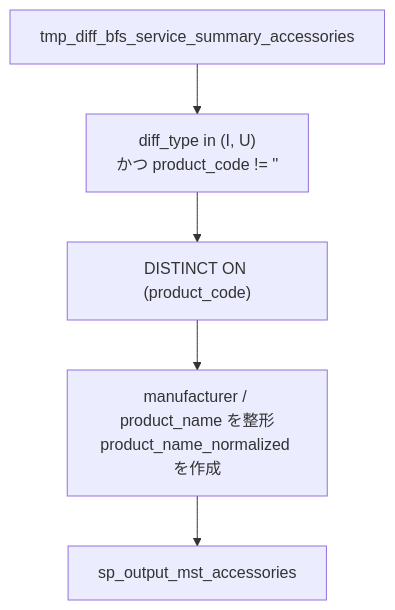
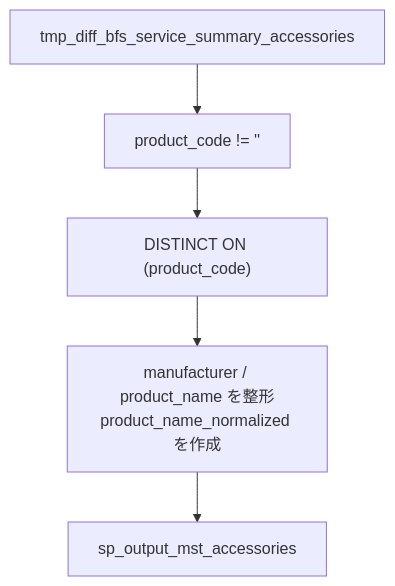
One commit to yukato-jdsc/generate_dummy_data changed the diagram in etl/docs/stored_procedures/sp_process_mst_accessories.md. Above: the diagram before and after it, drawn with Mermaid. The commit also changed other lines of this file and 60 other files, not shown here.

````diff
--- a/etl/docs/stored_procedures/sp_process_mst_accessories.md
+++ b/etl/docs/stored_procedures/sp_process_mst_accessories.md
@@ -21,13 +21,13 @@
 ```mermaid
 flowchart TB
     SRC["tmp_diff_bfs_service_summary_accessories"]
-    FILTER["diff_type in (I, U)<br/>かつ product_code != ''"]
+    FILTER["product_code != ''"]
     DISTINCT["DISTINCT ON (product_code)"]
     NORMALIZE["manufacturer / product_name を整形<br/>product_name_normalized を作成"]
     OUT["sp_output_mst_accessories"]
 
     SRC --> FILTER
     FILTER --> DISTINCT
     DISTINCT --> NORMALIZE
     NORMALIZE --> OUT
 ```
````
